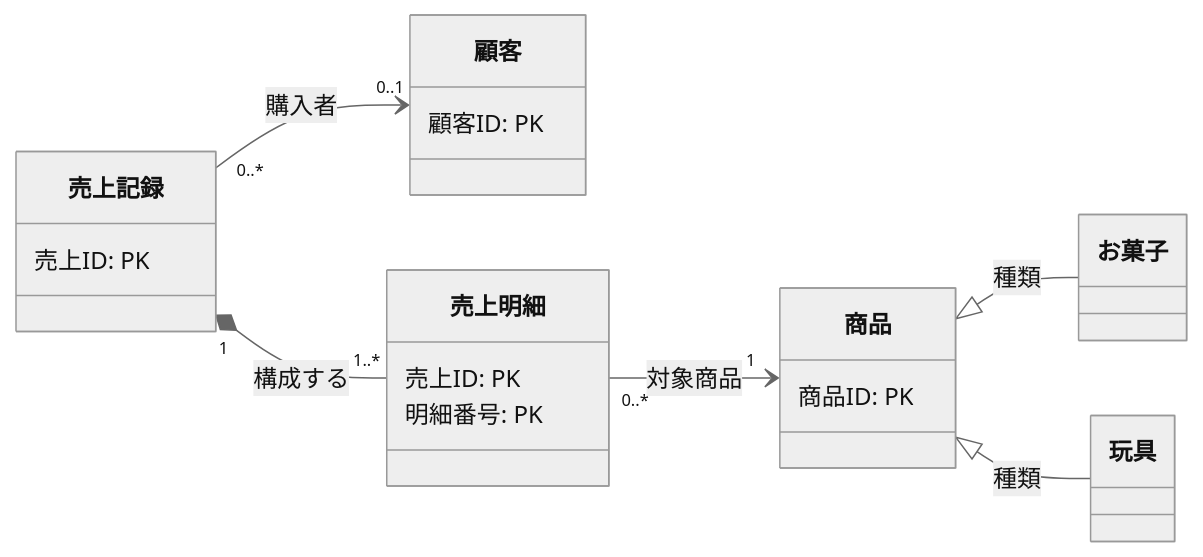
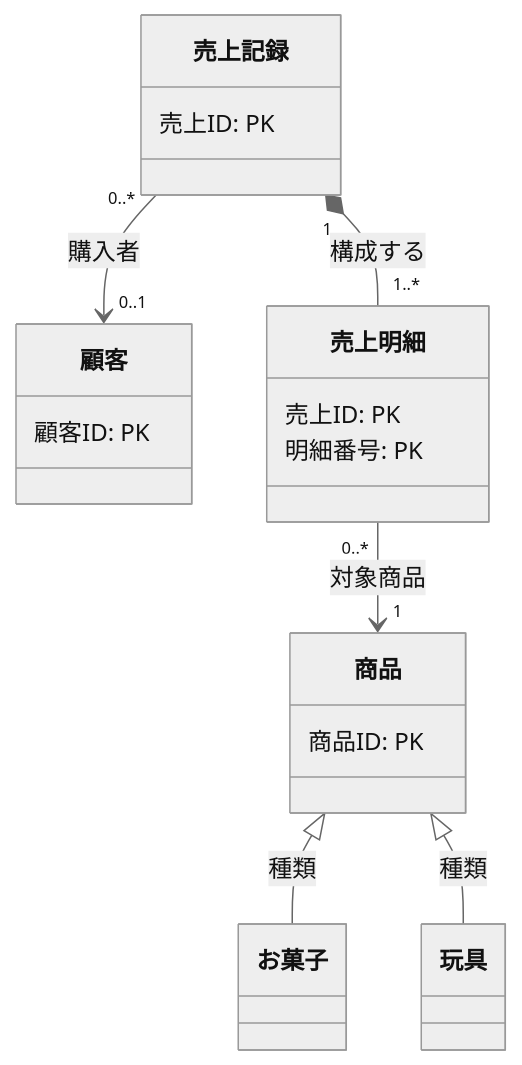
The diagram in docs/ja/specdojo/samples/ccd-sample.md (specdojo/specdojo), drawn with Mermaid (neutral theme) before and after one commit. The commit also changed 8 other files, not shown here.

Commit message:
exec(register PJR-K3Z2): 概念クラス図（ccd）の向きを上から下にそろえる

````diff
--- a/docs/ja/specdojo/samples/ccd-sample.md
+++ b/docs/ja/specdojo/samples/ccd-sample.md
@@ -29,31 +29,30 @@
 ```mermaid
 classDiagram
-direction LR
 
 class 商品 {
   商品ID: PK
 }
 
 class お菓子 {}
 
 class 玩具 {}
 
 class 顧客 {
   顧客ID: PK
 }
 
 class 売上記録 {
   売上ID: PK
 }
 
 class 売上明細 {
   売上ID: PK
   明細番号: PK
 }
 
 商品 <|-- お菓子 : 種類
 商品 <|-- 玩具 : 種類
 売上記録 "1" *-- "1..*" 売上明細 : 構成する
 売上明細 "0..*" --> "1" 商品 : 対象商品
 売上記録 "0..*" --> "0..1" 顧客 : 購入者
 ```
````
